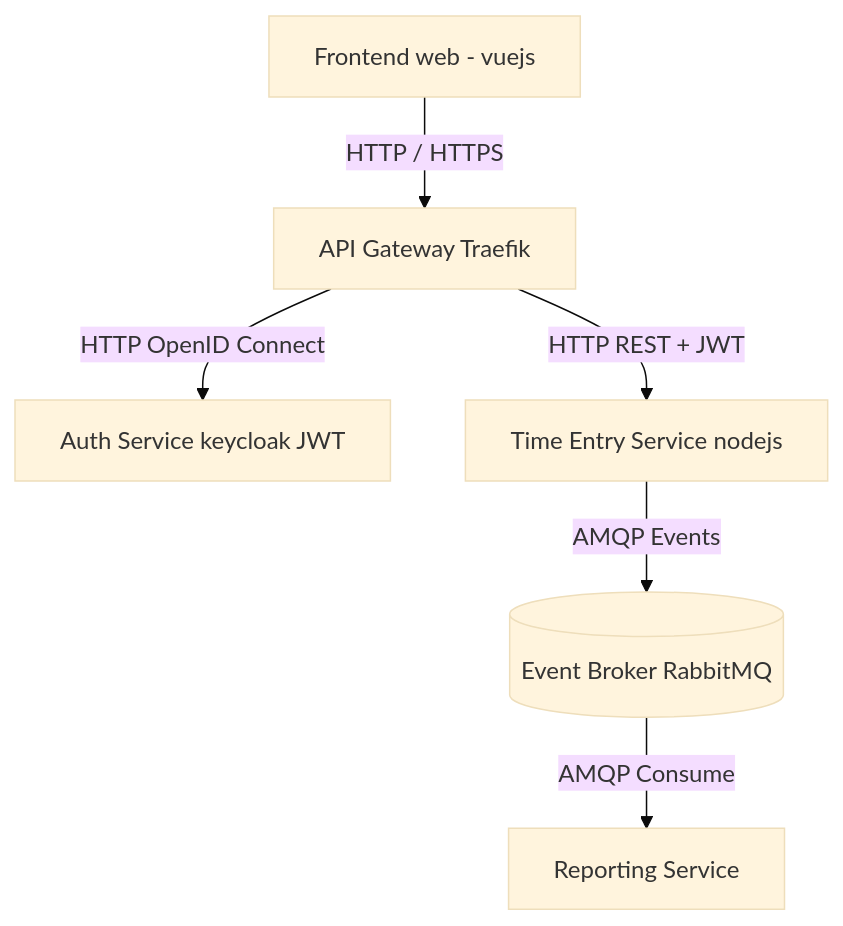
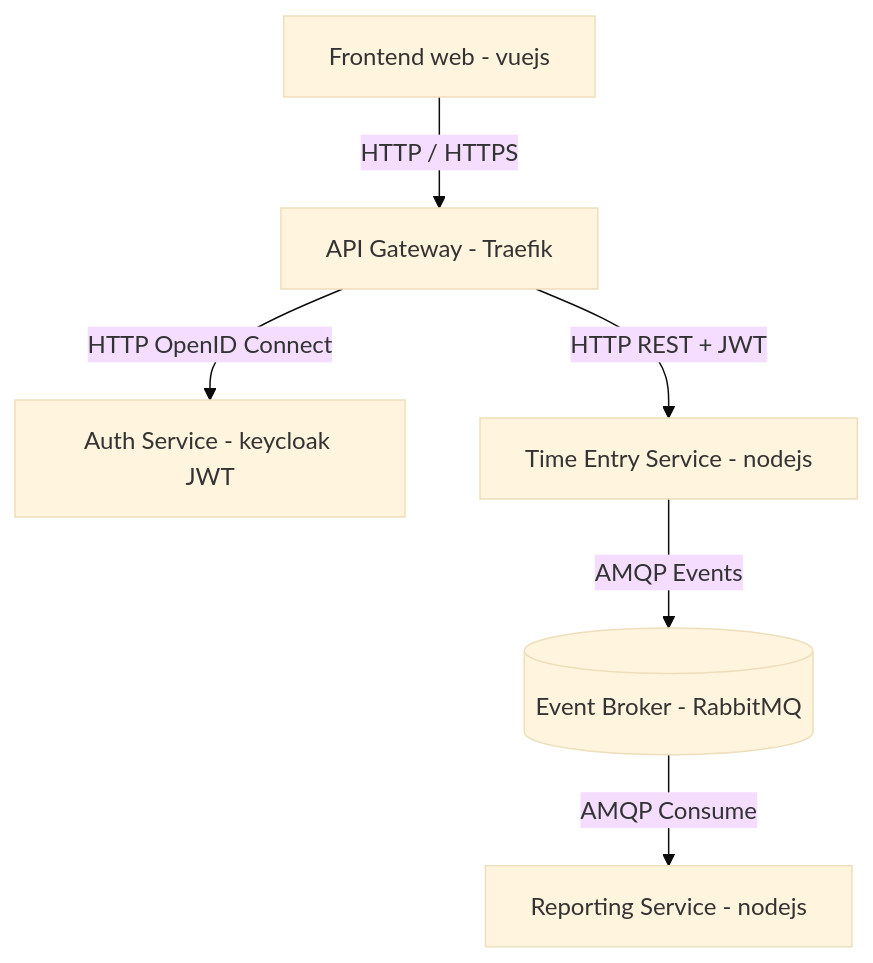
One commit to emf-info-321/321Project changed the diagram in README.md. Above: the diagram before and after it, drawn with Mermaid (base theme).

````diff
--- a/README.md
+++ b/README.md
@@ -10,18 +10,18 @@
 ```mermaid
 
 flowchart TD
 
     FE[Frontend web - vuejs]
-    GW[API Gateway Traefik]
-    KC[Auth Service keycloak JWT]
-    TE[Time Entry Service nodejs]
-    MQ[(Event Broker RabbitMQ)]
-    RP[Reporting Service]
+    GW[API Gateway - Traefik]
+    KC[Auth Service - keycloak JWT]
+    TE[Time Entry Service - nodejs]
+    MQ[(Event Broker - RabbitMQ)]
+    RP[Reporting Service - nodejs]
 
     FE -- "HTTP / HTTPS" --> GW
     GW -- "HTTP OpenID Connect" --> KC
     GW -- "HTTP REST + JWT" --> TE
     TE -- "AMQP Events" --> MQ
     MQ -- "AMQP Consume" --> RP
 
 ```
````
